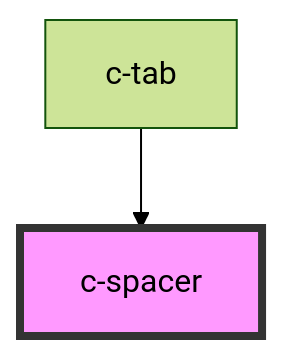
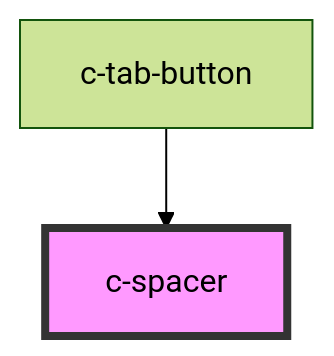
Before and after one commit to hannyle/csc-ui: the diagram in src/components/spacer/readme.md, drawn with Mermaid (forest theme). The commit also changed other lines of this file and 29 other files, not shown here.

````diff
--- a/src/components/spacer/readme.md
+++ b/src/components/spacer/readme.md
@@ -15,5 +15,5 @@
 ```mermaid
 graph TD;
-  c-tab --> c-spacer
+  c-tab-button --> c-spacer
   style c-spacer fill:#f9f,stroke:#333,stroke-width:4px
 ```
````
